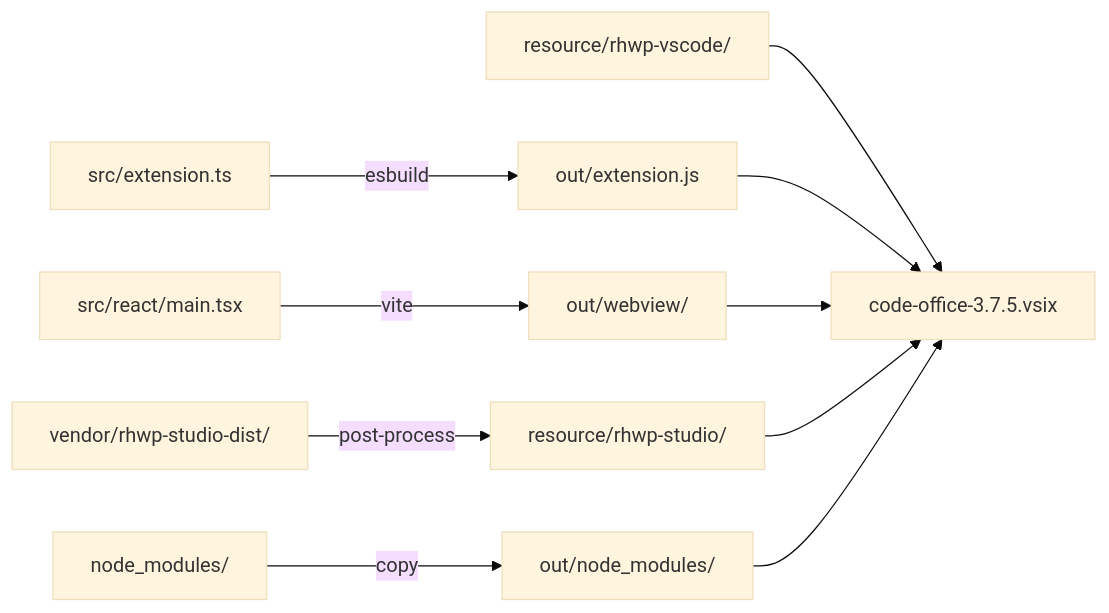
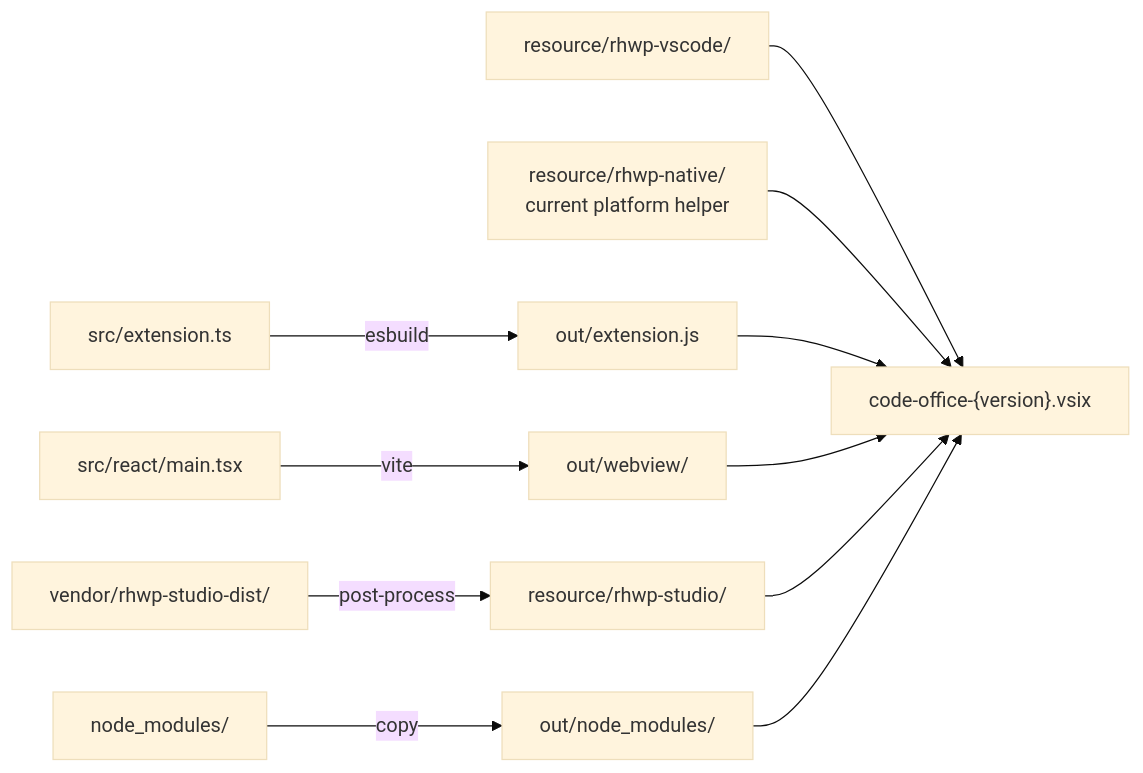
Before and after one commit to lidge-jun/code-office: the diagram in structure/05-build-release.md, drawn with Mermaid (base theme). The commit also changed other lines of this file and 16 other files, not shown here.

````diff
--- a/structure/05-build-release.md
+++ b/structure/05-build-release.md
@@ -17,12 +17,13 @@
 ```mermaid
 graph LR
     SRC["src/extension.ts"] -->|esbuild| EXT["out/extension.js"]
     REACT["src/react/main.tsx"] -->|vite| WV["out/webview/"]
     VENDOR["vendor/rhwp-studio-dist/"] -->|post-process| RHWP["resource/rhwp-studio/"]
     RHWPV["resource/rhwp-vscode/"] --> VSIX
+    RHWPN["resource/rhwp-native/<br/>current platform helper"] --> VSIX
     DEPS["node_modules/"] -->|copy| BUNDLE["out/node_modules/"]
-    EXT --> VSIX["code-office-3.7.5.vsix"]
+    EXT --> VSIX["code-office-{version}.vsix"]
     WV --> VSIX
     RHWP --> VSIX
     BUNDLE --> VSIX
 ```
````
